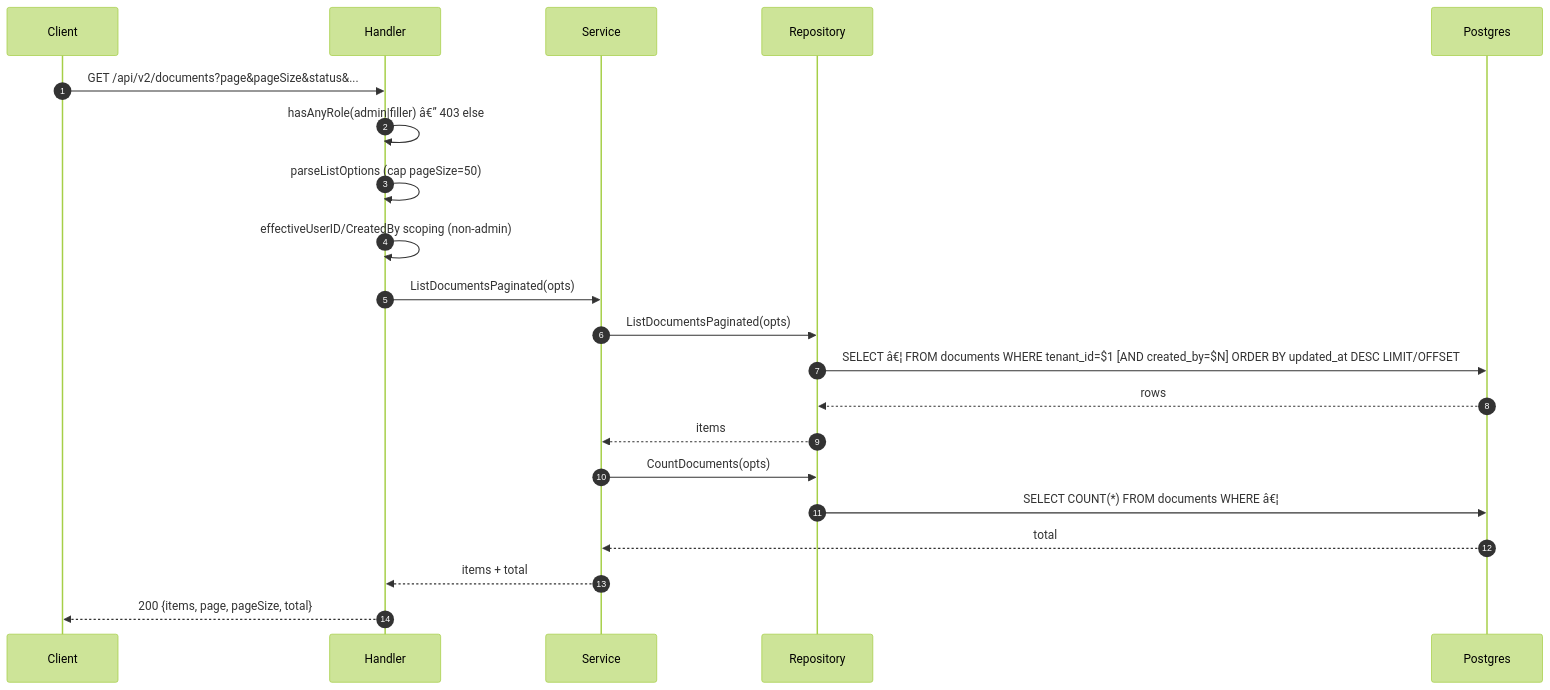
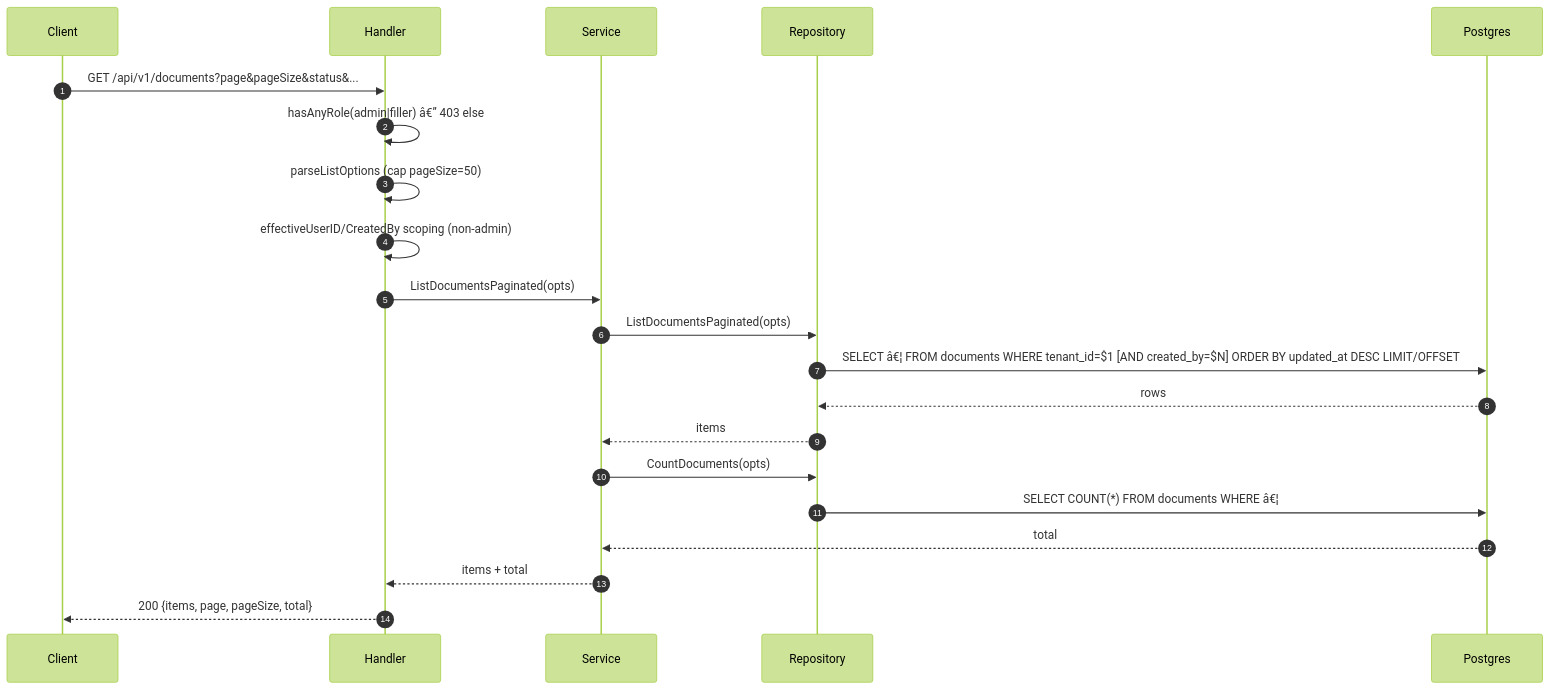
Before and after one commit to developmentconexus-ops/MetalDocs: the third of 5 diagrams in wiki/modules/documents.md, drawn with Mermaid (forest theme). The commit also changed other lines of this file and 137 other files, not shown here.

````diff
--- a/wiki/modules/documents.md
+++ b/wiki/modules/documents.md
@@ -263,23 +263,23 @@
 ```mermaid
 sequenceDiagram
     autonumber
     participant C as Client
     participant H as Handler
     participant S as Service
     participant R as Repository
     participant DB as Postgres
-    C->>H: GET /api/v2/documents?page&pageSize&status&...
+    C->>H: GET /api/v1/documents?page&pageSize&status&...
     H->>H: hasAnyRole(admin|filler) â€” 403 else
     H->>H: parseListOptions (cap pageSize=50)
     H->>H: effectiveUserID/CreatedBy scoping (non-admin)
     H->>S: ListDocumentsPaginated(opts)
     S->>R: ListDocumentsPaginated(opts)
     R->>DB: SELECT â€¦ FROM documents WHERE tenant_id=$1 [AND created_by=$N] ORDER BY updated_at DESC LIMIT/OFFSET
     DB-->>R: rows
     R-->>S: items
     S->>R: CountDocuments(opts)
     R->>DB: SELECT COUNT(*) FROM documents WHERE â€¦
     DB-->>S: total
     S-->>H: items + total
     H-->>C: 200 {items, page, pageSize, total}
 ```
````
